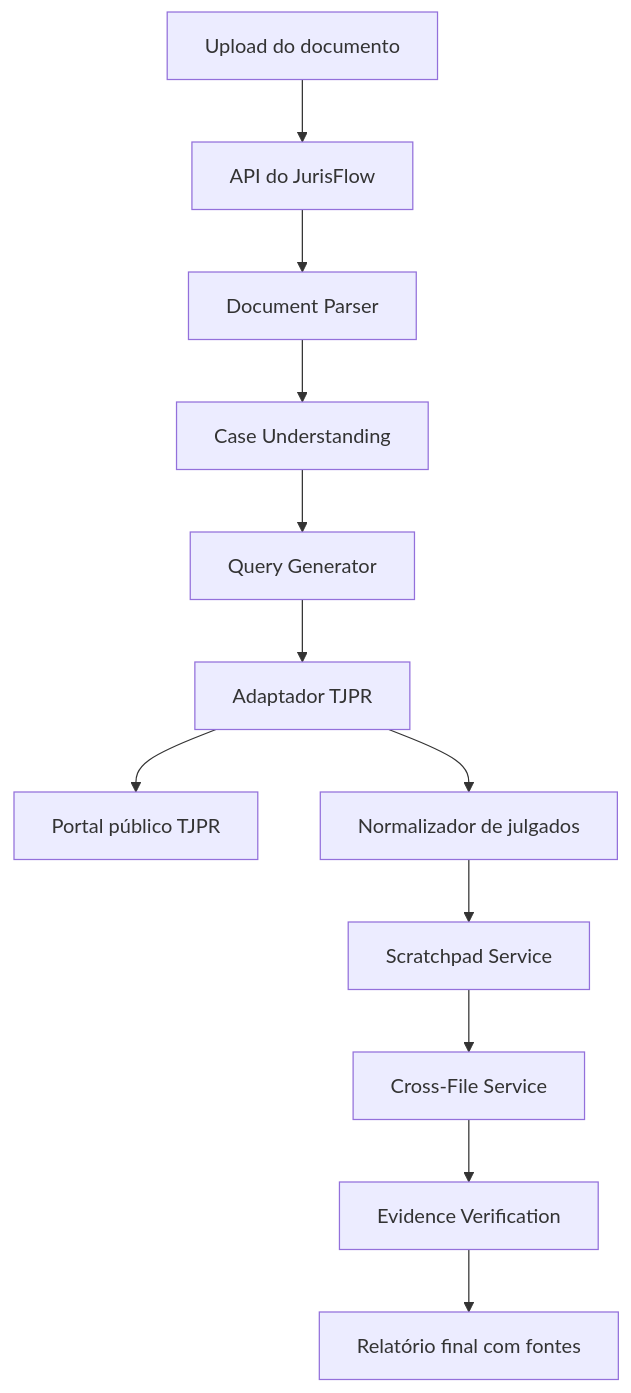
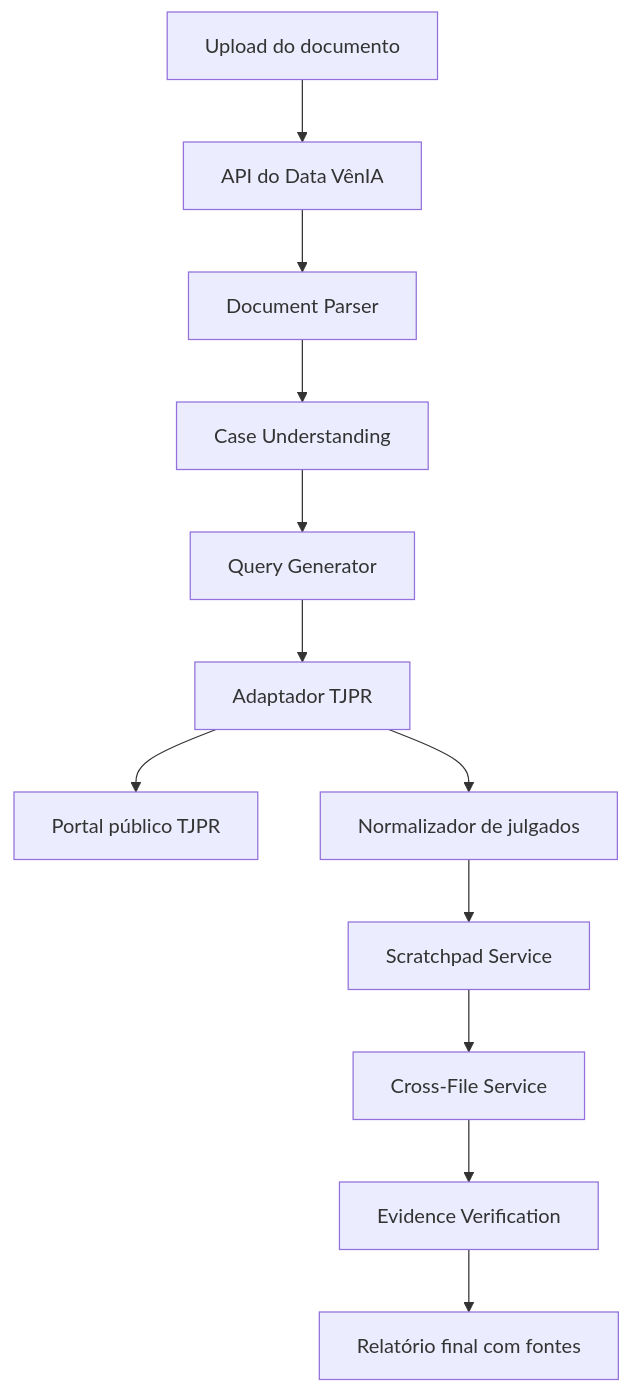
One commit to emanuelzaveruka/DataVenIA changed the diagram in contexto-geral.md. Above: the diagram before and after it, drawn with Mermaid. The commit also changed other lines of this file and 18 other files, not shown here.

First line of the commit message:
Renomeia o produto de JurisFlow para Data VênIA

````diff
--- a/contexto-geral.md
+++ b/contexto-geral.md
@@ -366,14 +366,14 @@
 ```mermaid
 flowchart TD
-  U[Upload do documento] --> A[API do JurisFlow]
+  U[Upload do documento] --> A[API do Data VênIA]
   A --> DP[Document Parser]
   DP --> CU[Case Understanding]
   CU --> QG[Query Generator]
   QG --> P[Adaptador TJPR]
   P --> S[Portal público TJPR]
   P --> N[Normalizador de julgados]
   N --> SP[Scratchpad Service]
   SP --> CF[Cross-File Service]
   CF --> EV[Evidence Verification]
   EV --> R[Relatório final com fontes]
 ```
````
